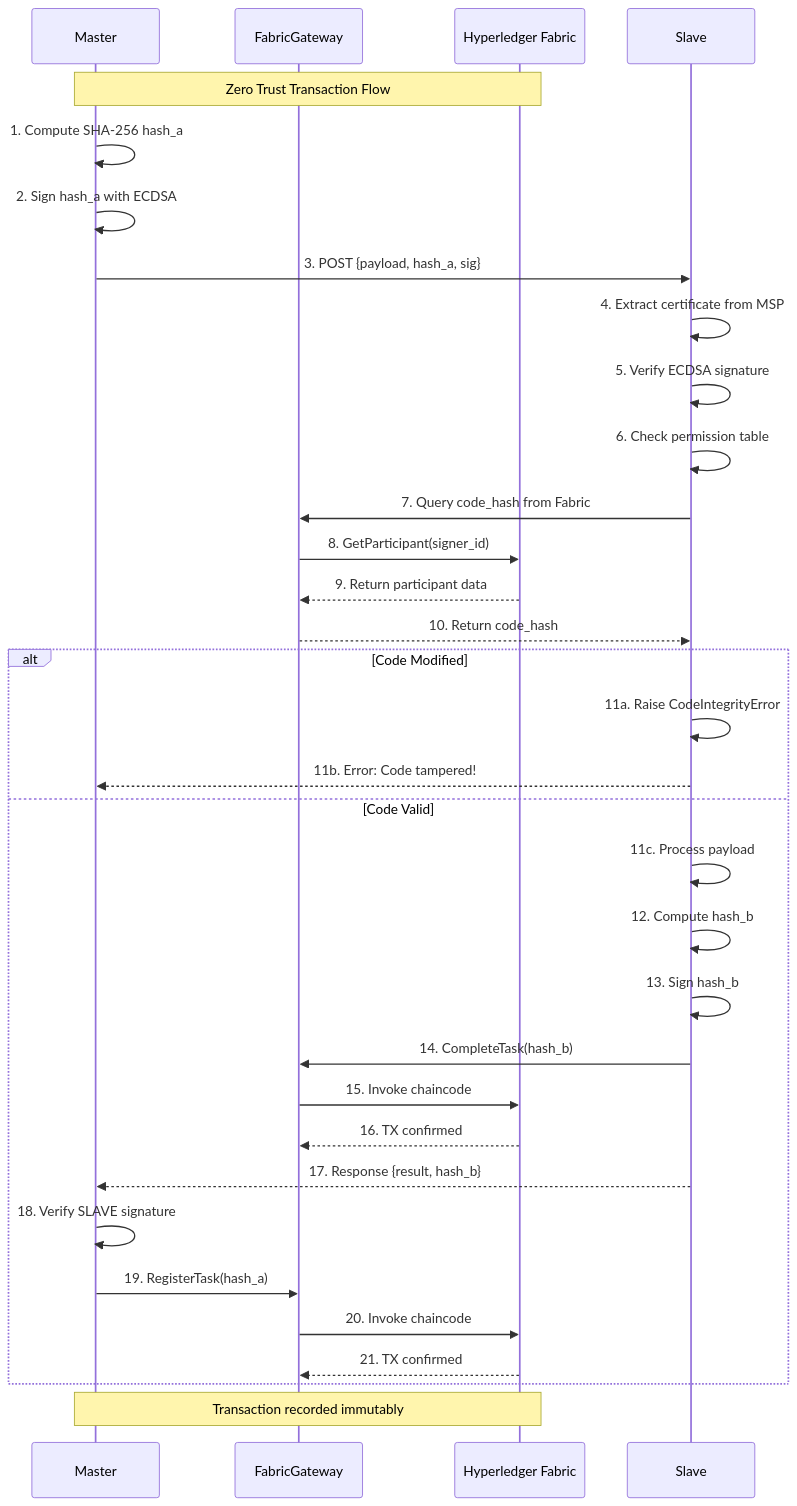
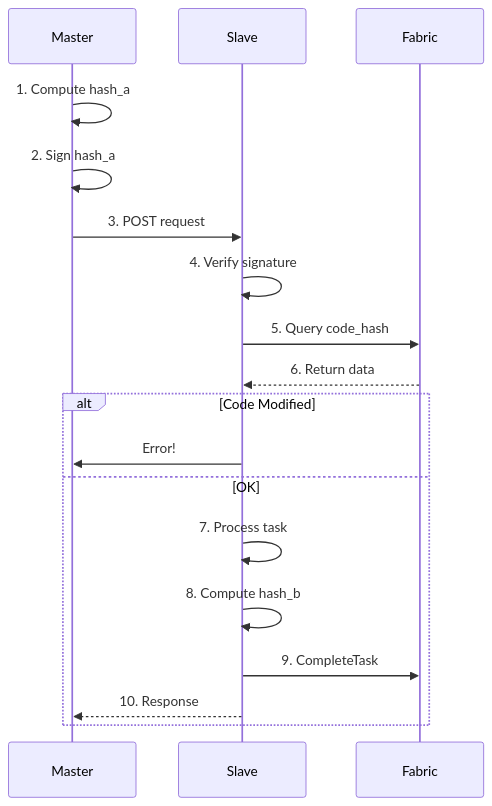
Before and after one commit to wisrovi/wFabricSecurity: the second of 8 diagrams in README.md, drawn with Mermaid. The commit also changed other lines of this file and 13 other files, not shown here.

````diff
--- a/README.md
+++ b/README.md
@@ -348,42 +59,21 @@
 ```mermaid
 sequenceDiagram
     participant M as Master
-    participant G as FabricGateway
-    participant F as Hyperledger Fabric
     participant S as Slave
+    participant F as Fabric
 
-    Note over M,F: Zero Trust Transaction Flow
-
-    M->>M: 1. Compute SHA-256 hash_a
-    M->>M: 2. Sign hash_a with ECDSA
-    M->>S: 3. POST {payload, hash_a, sig}
-    
-    S->>S: 4. Extract certificate from MSP
-    S->>S: 5. Verify ECDSA signature
-    S->>S: 6. Check permission table
-    
-    S->>G: 7. Query code_hash from Fabric
-    G->>F: 8. GetParticipant(signer_id)
-    F-->>G: 9. Return participant data
-    G-->>S: 10. Return code_hash
-    
+    M->>M: 1. Compute hash_a
+    M->>M: 2. Sign hash_a
+    M->>S: 3. POST request
+    S->>S: 4. Verify signature
+    S->>F: 5. Query code_hash
+    F-->>S: 6. Return data
     alt Code Modified
-        S->>S: 11a. Raise CodeIntegrityError
-        S-->>M: 11b. Error: Code tampered!
-    else Code Valid
-        S->>S: 11c. Process payload
-        S->>S: 12. Compute hash_b
-        S->>S: 13. Sign hash_b
-        S->>G: 14. CompleteTask(hash_b)
-        G->>F: 15. Invoke chaincode
-        F-->>G: 16. TX confirmed
-        S-->>M: 17. Response {result, hash_b}
-        
-        M->>M: 18. Verify SLAVE signature
-        M->>G: 19. RegisterTask(hash_a)
-        G->>F: 20. Invoke chaincode
-        F-->>G: 21. TX confirmed
+        S->>M: Error!
+    else OK
+        S->>S: 7. Process task
+        S->>S: 8. Compute hash_b
+        S->>F: 9. CompleteTask
+        S-->>M: 10. Response
     end
-
-    Note over M,F: Transaction recorded immutably
 ```
````
